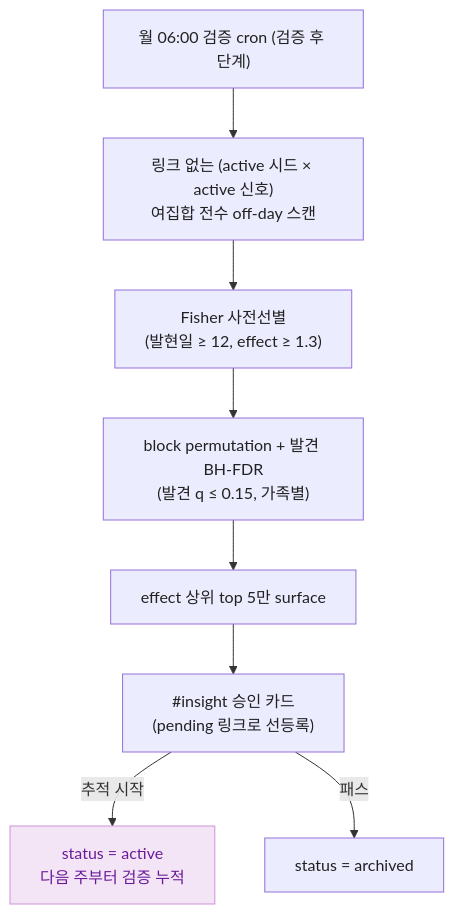
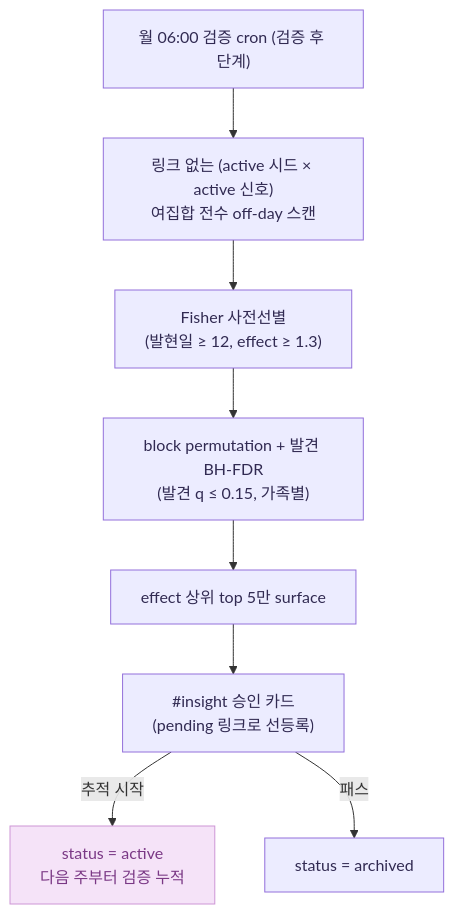
Before and after one commit to hyewon3938/slack-ai-agents: the fifth of 8 diagrams in docs/explainers/insight-v2.md, drawn with Mermaid. The commit also changed other lines of this file, not shown here.

````diff
--- a/docs/explainers/insight-v2.md
+++ b/docs/explainers/insight-v2.md
@@ -284,15 +285,15 @@
 ```mermaid
 flowchart TD
   A["월 06:00 검증 cron (검증 후 단계)"] --> B["링크 없는 (active 시드 × active 신호)<br/>여집합 전수 off-day 스캔"]
   B --> C["Fisher 사전선별<br/>(발현일 ≥ 12, effect ≥ 1.3)"]
   C --> D["block permutation + 발견 BH-FDR<br/>(발견 q ≤ 0.15, 가족별)"]
   D --> E["effect 상위 top 5만 surface"]
   E --> F["#insight 승인 카드<br/>(pending 링크로 선등록)"]
   F -->|추적 시작| G["status = active<br/>다음 주부터 검증 누적"]
   F -->|패스| H["status = archived"]
 
-  classDef flowBox fill:#ECECFF,stroke:#9370DB,color:#212121
-  classDef hypothesisNode fill:#F3E5F5,stroke:#CE93D8,color:#6A1B9A
+  classDef flowBox fill:#ECECFF,stroke:#9370DB,color:#312A52
+  classDef hypothesisNode fill:#F5E3F8,stroke:#CD96D5,color:#7A3885
   class A,B,C,D,E,F,H flowBox
   class G hypothesisNode
 ```
````
